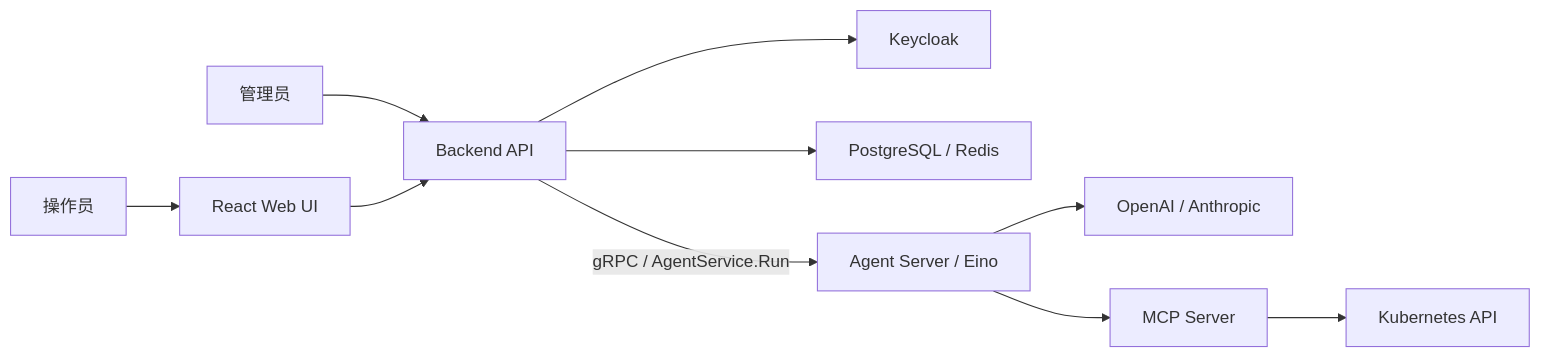
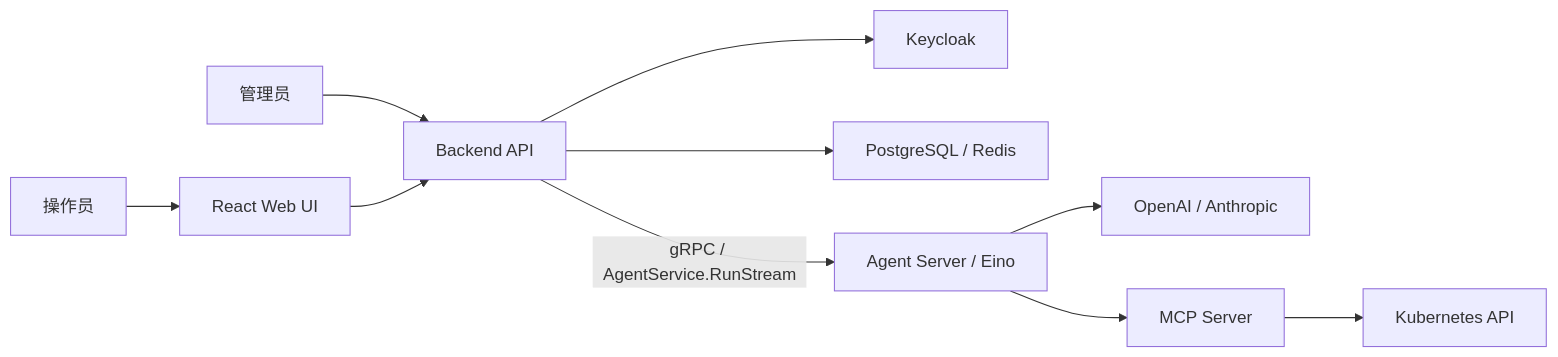
One commit to ZhaoXiangHeng/k8s-agent changed the diagram in README.md. Above: the diagram before and after it, drawn with Mermaid. The commit also changed other lines of this file and 128 other files, not shown here.

````diff
--- a/README.md
+++ b/README.md
@@ -7,12 +7,12 @@
 ```mermaid
 flowchart LR
   Admin["管理员"] --> API["Backend API"]
   Operator["操作员"] --> UI["React Web UI"]
   UI --> API
   API --> KC["Keycloak"]
   API --> DB["PostgreSQL / Redis"]
-  API -->|"gRPC / AgentService.Run"| Agent["Agent Server / Eino"]
+  API -->|"gRPC / AgentService.RunStream"| Agent["Agent Server / Eino"]
   Agent --> LLM["OpenAI / Anthropic"]
   Agent --> MCP["MCP Server"]
   MCP --> K8S["Kubernetes API"]
 ```
````
